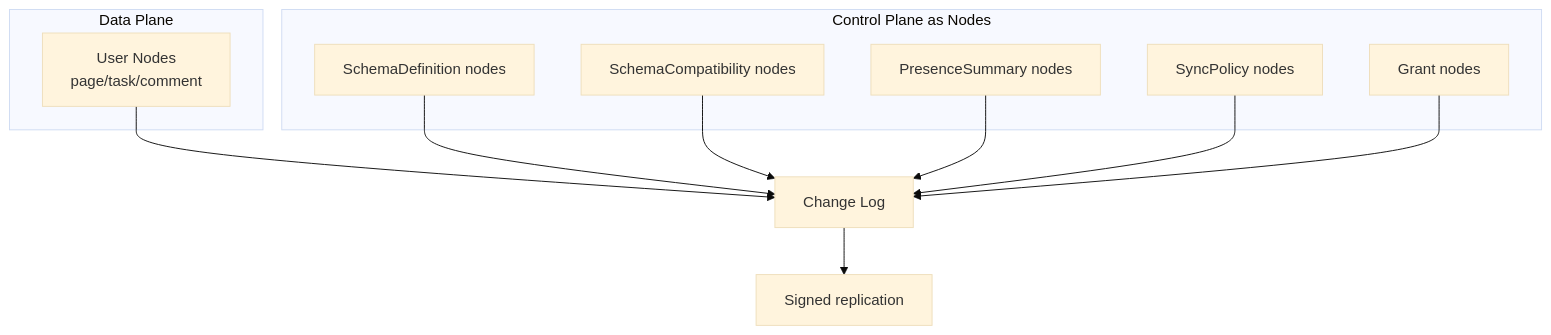
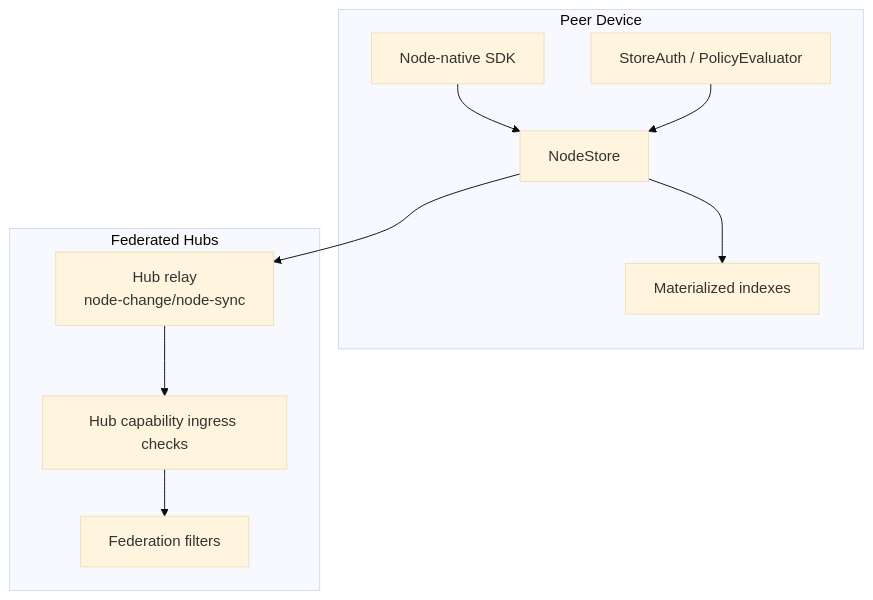
The first of 6 diagrams in docs/explorations/0093_[_]_NODE_NATIVE_GLOBAL_SCHEMA_FEDERATION_MODEL.md (crs48/xNet), drawn with Mermaid (base theme) before and after one commit. The commit also changed other lines of this file, not shown here.

````diff
--- a/docs/explorations/0093_[_]_NODE_NATIVE_GLOBAL_SCHEMA_FEDERATION_MODEL.md
+++ b/docs/explorations/0093_[_]_NODE_NATIVE_GLOBAL_SCHEMA_FEDERATION_MODEL.md
@@ -65,22 +65,21 @@
 ```mermaid
 flowchart TB
-    subgraph DataPlane[Data Plane]
-      N1[User Nodes\npage/task/comment]
+    subgraph Device[Peer Device]
+      NS[NodeStore]
+      AUTH[StoreAuth / PolicyEvaluator]
+      IDX[Materialized indexes]
+      SDK[Node-native SDK]
     end
 
-    subgraph ControlPlane[Control Plane as Nodes]
-      N2[SchemaDefinition nodes]
-      N3[SchemaCompatibility nodes]
-      N4[PresenceSummary nodes]
-      N5[SyncPolicy nodes]
-      N6[Grant nodes]
+    subgraph Hubs[Federated Hubs]
+      HR[Hub relay\nnode-change/node-sync]
+      HC[Hub capability ingress checks]
+      HF[Federation filters]
     end
 
-    N1 --> E[Change Log]
-    N2 --> E
-    N3 --> E
-    N4 --> E
-    N5 --> E
-    N6 --> E
-    E --> R[Signed replication]
+    SDK --> NS
+    AUTH --> NS
+    NS --> IDX
+    NS --> HR
+    HR --> HC --> HF
 ```
````
